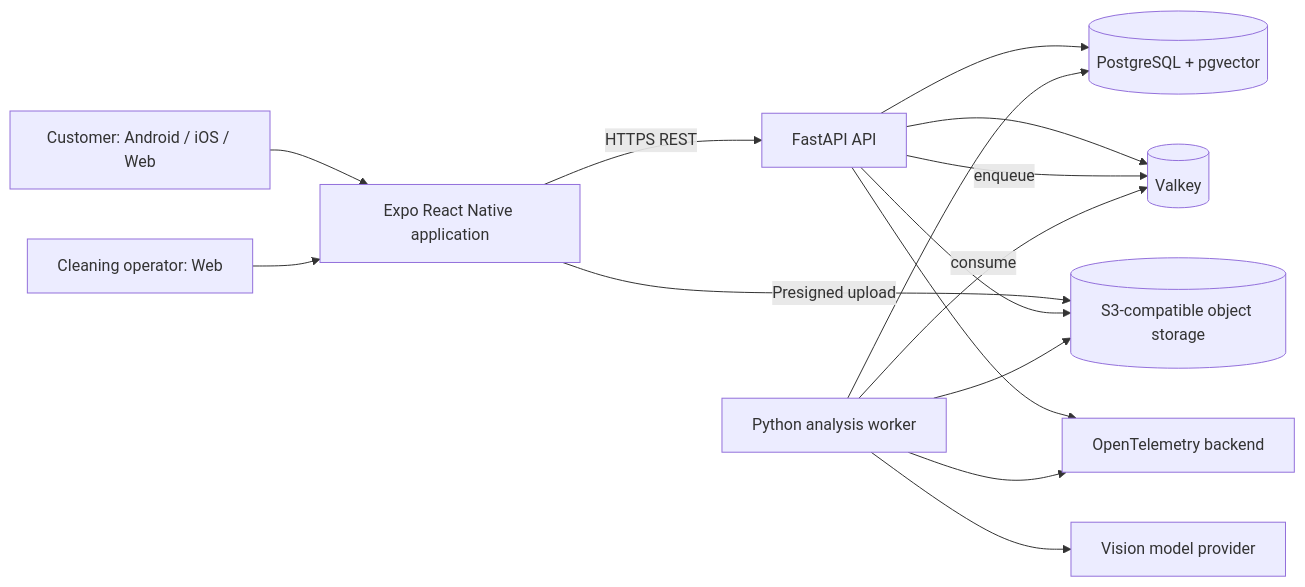
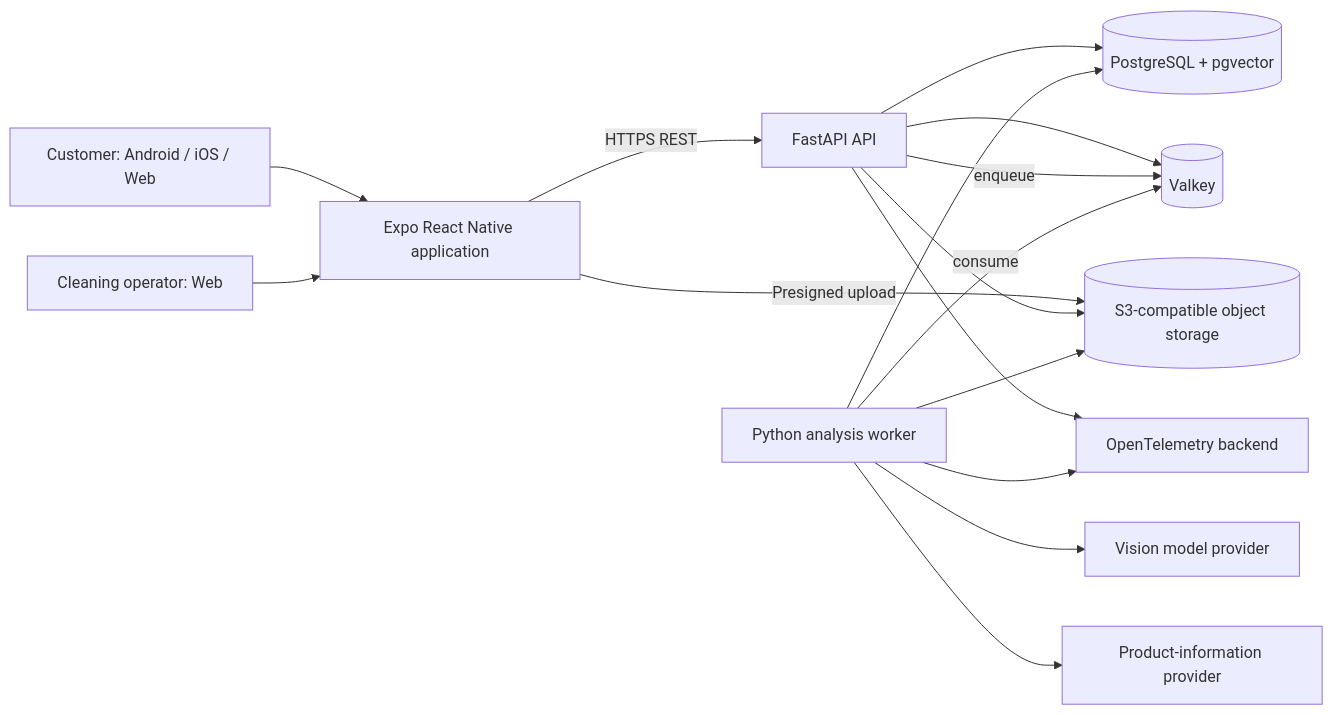
Before and after one commit to acado1986/fabricassist-platform: the first of 4 diagrams in docs/architecture.md, drawn with Mermaid. The commit also changed other lines of this file and 12 other files, not shown here.

First line of the commit message:
feat: Add ADRs for validator-gated AI care plans, garment identity, product information lookup, and contextual conversations

````diff
--- a/docs/architecture.md
+++ b/docs/architecture.md
@@ -99,28 +104,30 @@
 ```mermaid
 flowchart LR
     Customer[Customer: Android / iOS / Web]
     Operator[Cleaning operator: Web]
     Expo[Expo React Native application]
     API[FastAPI API]
     Worker[Python analysis worker]
     DB[(PostgreSQL + pgvector)]
     Cache[(Valkey)]
     Objects[(S3-compatible object storage)]
     Vision[Vision model provider]
+    Product[Product-information provider]
     Telemetry[OpenTelemetry backend]
 
     Customer --> Expo
     Operator --> Expo
     Expo -->|HTTPS REST| API
     Expo -->|Presigned upload| Objects
     API --> DB
     API --> Cache
     API --> Objects
     API -->|enqueue| Cache
     Worker -->|consume| Cache
     Worker --> DB
     Worker --> Objects
     Worker --> Vision
+    Worker --> Product
     API --> Telemetry
     Worker --> Telemetry
 ```
````
